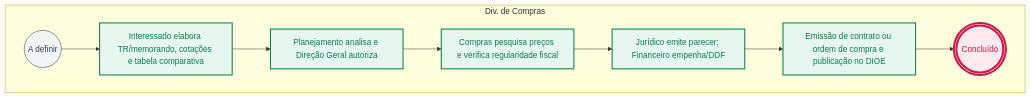
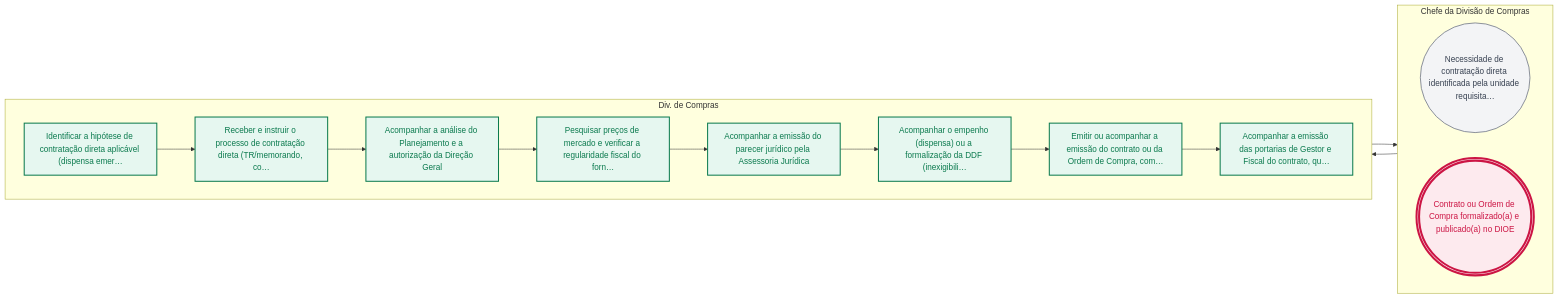
The second of 2 diagrams in pops/DCOM/DCOM-00.md (jessefers/canvas-vivo-atdg), drawn with Mermaid before and after one commit. The commit also changed other lines of this file and 9 other files, not shown here.

````diff
--- a/pops/DCOM/DCOM-00.md
+++ b/pops/DCOM/DCOM-00.md
@@ -121,28 +174,37 @@
 ```mermaid
 flowchart LR
-  subgraph R1["Div. de Compras"]
+  subgraph R1["Chefe da Divisão de Compras"]
     direction LR
-    e1(("A definir"))
-    e2["Interessado elabora TR/memorando, cotações e tabela comparativa"]
-    e3["Planejamento analisa e Direção Geral autoriza"]
-    e4["Compras pesquisa preços e verifica regularidade fiscal"]
-    e5["Jurídico emite parecer; Financeiro empenha/DDF"]
-    e6["Emissão de contrato ou ordem de compra e publicação no DIOE"]
-    e7((("Concluído")))
+    e1(("Necessidade de contratação direta identificada pela unidade requisita…"))
+    e10((("Contrato ou Ordem de Compra formalizado(a) e publicado(a) no DIOE")))
+  end
+  subgraph R2["Div. de Compras"]
+    direction LR
+    e2["Identificar a hipótese de contratação direta aplicável (dispensa emer…"]
+    e3["Receber e instruir o processo de contratação direta (TR/memorando, co…"]
+    e4["Acompanhar a análise do Planejamento e a autorização da Direção Geral"]
+    e5["Pesquisar preços de mercado e verificar a regularidade fiscal do forn…"]
+    e6["Acompanhar a emissão do parecer jurídico pela Assessoria Jurídica"]
+    e7["Acompanhar o empenho (dispensa) ou a formalização da DDF (inexigibili…"]
+    e8["Emitir ou acompanhar a emissão do contrato ou da Ordem de Compra, com…"]
+    e9["Acompanhar a emissão das portarias de Gestor e Fiscal do contrato, qu…"]
   end
   e1 --> e2
   e2 --> e3
   e3 --> e4
   e4 --> e5
   e5 --> e6
   e6 --> e7
+  e7 --> e8
+  e8 --> e9
+  e9 --> e10
   classDef inicio fill:#f3f4f6,stroke:#6b7280,stroke-width:1.5px,color:#374151
   classDef atividade fill:#E6F7F0,stroke:#0B7A4E,stroke-width:2px,color:#0B7A4E
   classDef decisao fill:#FFF4ED,stroke:#C9783A,stroke-width:2px,color:#C9783A
   classDef fim fill:#FDEAEE,stroke:#CC1544,stroke-width:4px,color:#CC1544
   classDef pausa fill:#FDEAEE,stroke:#CC1544,stroke-width:2px,color:#CC1544
   classDef captura fill:#E0F2F8,stroke:#0B4D66,stroke-width:2px,color:#0B4D66
   class e1 inicio
-  class e2,e3,e4,e5,e6 atividade
-  class e7 fim
+  class e2,e3,e4,e5,e6,e7,e8,e9 atividade
+  class e10 fim
 ```
````
